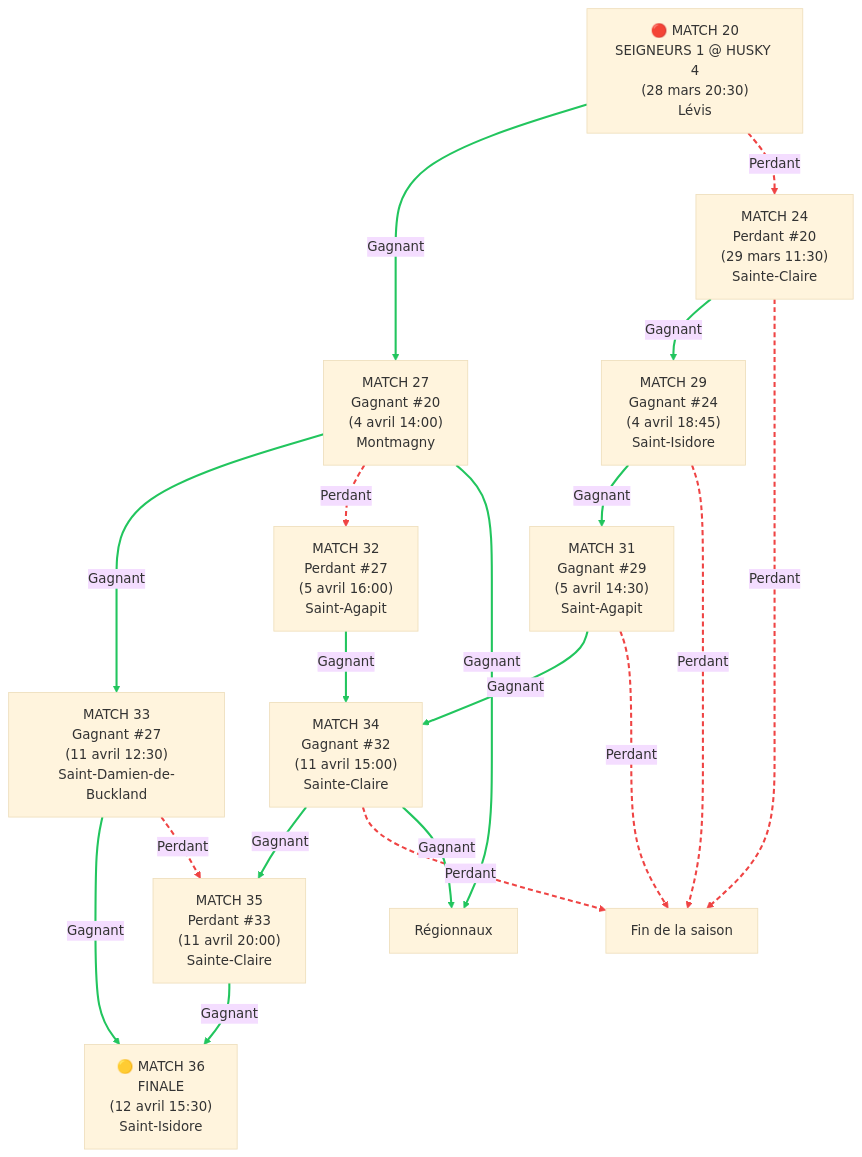
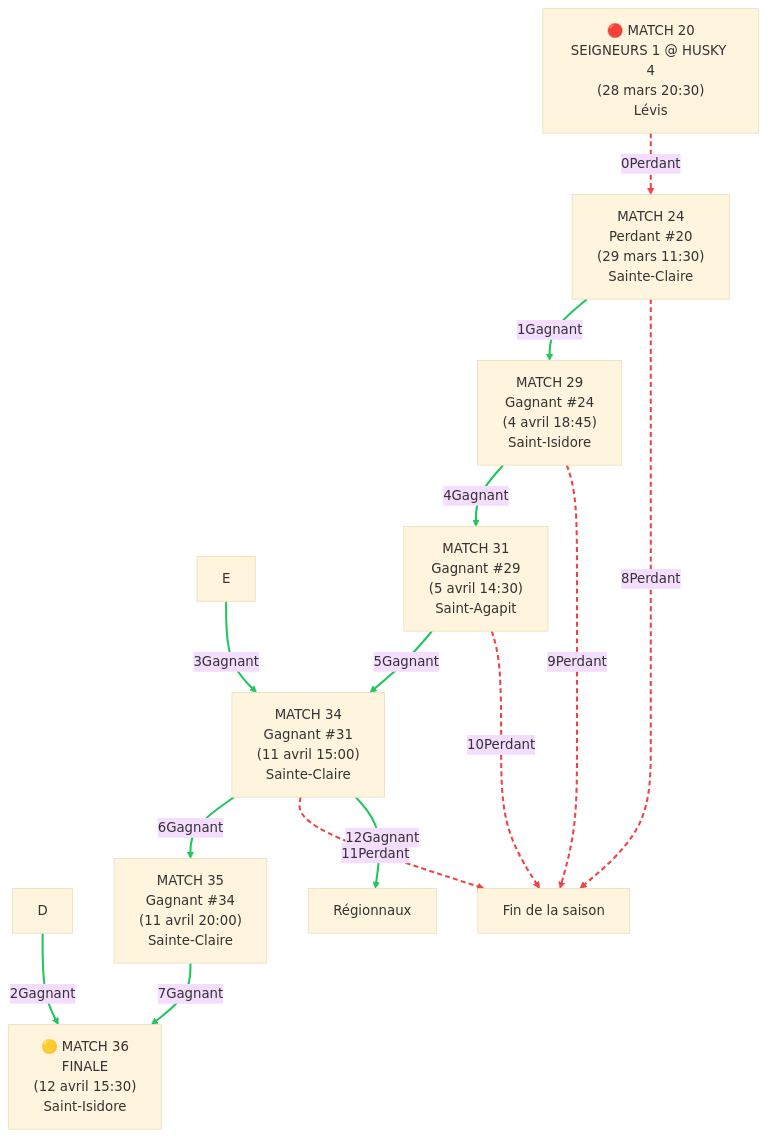
The first of 2 diagrams in README.md (voltogyre/horaire-serie-2026), drawn with Mermaid (base theme) before and after one commit.

````diff
--- a/README.md
+++ b/README.md
@@ -14,37 +14,22 @@
 ```mermaid
 graph TD
     A["🔴 MATCH 20<br/>SEIGNEURS 1 @ HUSKY 4<br/>(28 mars 20:30)<br/>Lévis"] 
-    
-    A -->|Gagnant| B["MATCH 27<br/>Gagnant #20<br/>(4 avril 14:00)<br/>Montmagny"]
-    A -->|Perdant| C["MATCH 24<br/>Perdant #20<br/>(29 mars 11:30)<br/>Sainte-Claire"]
-    
-    B -->|Gagnant| D["MATCH 33<br/>Gagnant #27<br/>(11 avril 12:30)<br/>Saint-Damien-de-Buckland"]
-    B -->|Perdant| E["MATCH 32<br/>Perdant #27<br/>(5 avril 16:00)<br/>Saint-Agapit"]
-    
-    C -->|Gagnant| F["MATCH 29<br/>Gagnant #24<br/>(4 avril 18:45)<br/>Saint-Isidore"]
-    
-    D -->|Gagnant| I["🟡 MATCH 36<br/>FINALE<br/>(12 avril 15:30)<br/>Saint-Isidore"]
-    D -->|Perdant| J["MATCH 35<br/>Perdant #33<br/>(11 avril 20:00)<br/>Sainte-Claire"]
-    
-    E -->|Gagnant| H["MATCH 34<br/>Gagnant #32<br/>(11 avril 15:00)<br/>Sainte-Claire"]
-    
-    F -->|Gagnant| G["MATCH 31<br/>Gagnant #29<br/>(5 avril 14:30)<br/>Saint-Agapit"]
-    
-    G -->|Gagnant| H
-    
-    H -->|Gagnant| J
-    
-    J -->|Gagnant| I
-    
-    C -->|Perdant| K["Fin de la saison"]
-    F -->|Perdant| K["Fin de la saison"]
-    G -->|Perdant| K["Fin de la saison"]
-    H -->|Perdant| K["Fin de la saison"]
-    B -->|Gagnant| L["Régionnaux"]
-    H -->|Gagnant| L["Régionnaux"]
+    A -->|0Perdant| C["MATCH 24<br/>Perdant #20<br/>(29 mars 11:30)<br/>Sainte-Claire"]
+    C -->|1Gagnant| F["MATCH 29<br/>Gagnant #24<br/>(4 avril 18:45)<br/>Saint-Isidore"]
+    D -->|2Gagnant| I["🟡 MATCH 36<br/>FINALE<br/>(12 avril 15:30)<br/>Saint-Isidore"]
+    E -->|3Gagnant| H["MATCH 34<br/>Gagnant #31<br/>(11 avril 15:00)<br/>Sainte-Claire"]
+    F -->|4Gagnant| G["MATCH 31<br/>Gagnant #29<br/>(5 avril 14:30)<br/>Saint-Agapit"]
+    G -->|5Gagnant| H
+    H -->|6Gagnant| J["MATCH 35<br/>Gagnant #34<br/>(11 avril 20:00)<br/>Sainte-Claire"]
+    J -->|7Gagnant| I
+    C -->|8Perdant| K["Fin de la saison"]
+    F -->|9Perdant| K["Fin de la saison"]
+    G -->|10Perdant| K["Fin de la saison"]
+    H -->|11Perdant| K["Fin de la saison"]
+    H -->|12Gagnant| L["Régionnaux"]
 
-    linkStyle 0,2,4,5,7,8,9,10,11,16,17 stroke:#22c55e,stroke-width:2.5px
-    linkStyle 1,3,6,12,13,14,15 stroke:#ef4444,stroke-width:2.5px,stroke-dasharray:6 4
+    linkStyle 1,2,3,4,5,6,7,8,12 stroke:#22c55e,stroke-width:2.5px
+    linkStyle 0,8,9,10,11 stroke:#ef4444,stroke-width:2.5px,stroke-dasharray:6 4
     
 
 ```
````
